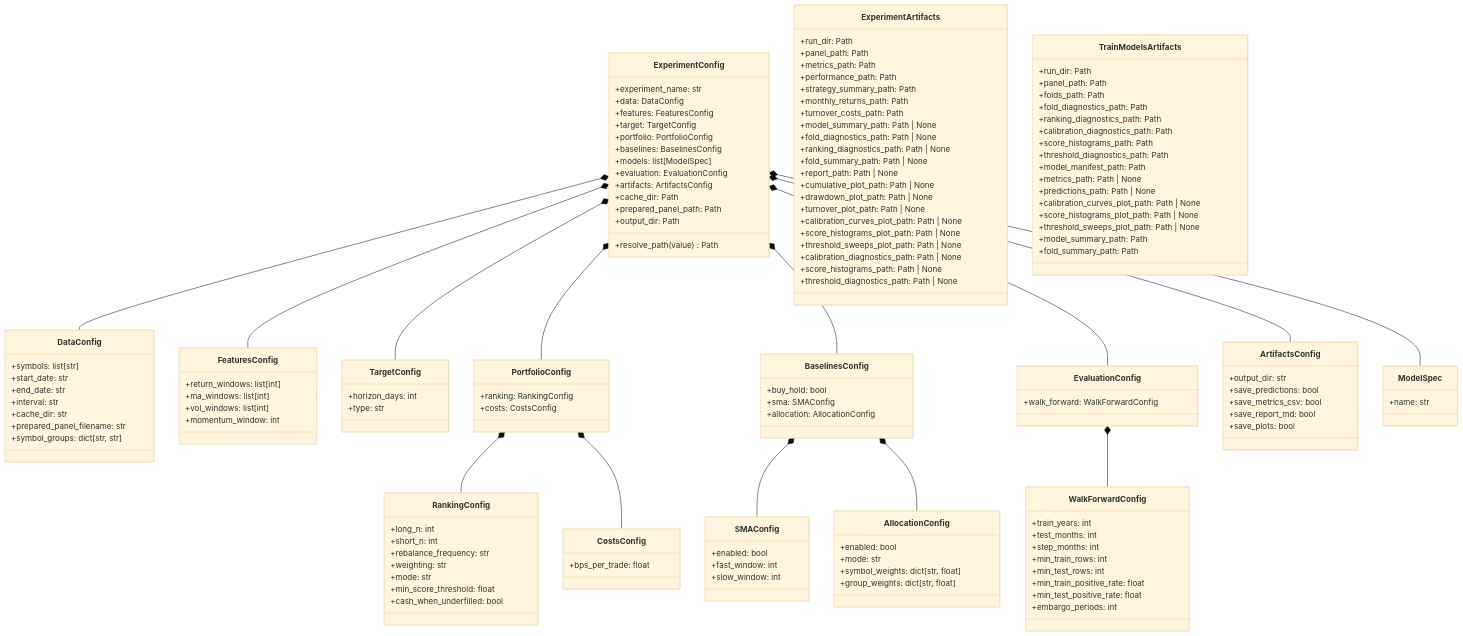
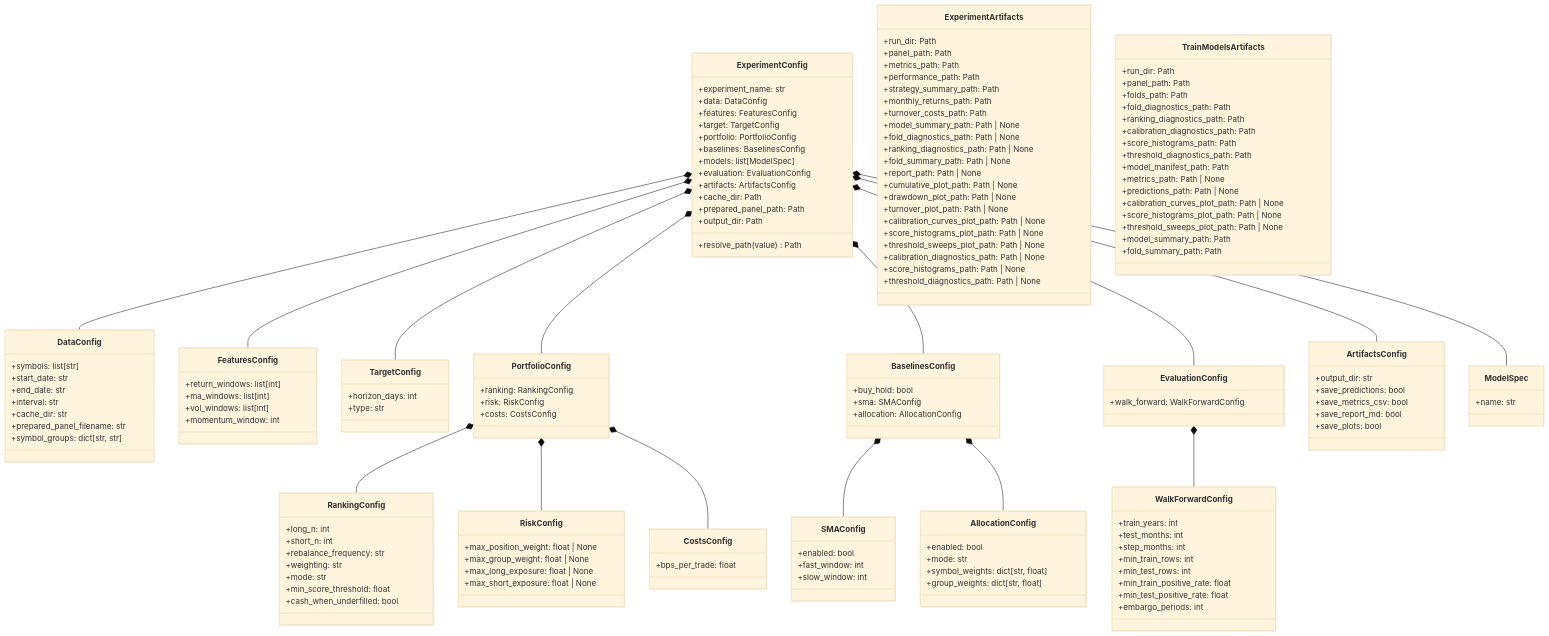
One commit to ricardogr07/market-lab changed the sixth of 6 diagrams in docs/architecture.md. Above: the diagram before and after it, drawn with Mermaid (base theme). The commit also changed other lines of this file and 7 other files, not shown here.

```diff
--- a/docs/architecture.md
+++ b/docs/architecture.md
@@ -297,6 +297,7 @@
 
     class PortfolioConfig {
       +ranking: RankingConfig
+      +risk: RiskConfig
       +costs: CostsConfig
     }
 
@@ -308,6 +309,13 @@
       +mode: str
       +min_score_threshold: float
       +cash_when_underfilled: bool
+    }
+
+    class RiskConfig {
+      +max_position_weight: float | None
+      +max_group_weight: float | None
+      +max_long_exposure: float | None
+      +max_short_exposure: float | None
     }
 
     class CostsConfig {
@@ -411,6 +419,7 @@
     ExperimentConfig *-- ArtifactsConfig
     ExperimentConfig *-- ModelSpec
     PortfolioConfig *-- RankingConfig
+    PortfolioConfig *-- RiskConfig
     PortfolioConfig *-- CostsConfig
     BaselinesConfig *-- SMAConfig
     BaselinesConfig *-- AllocationConfig
```
